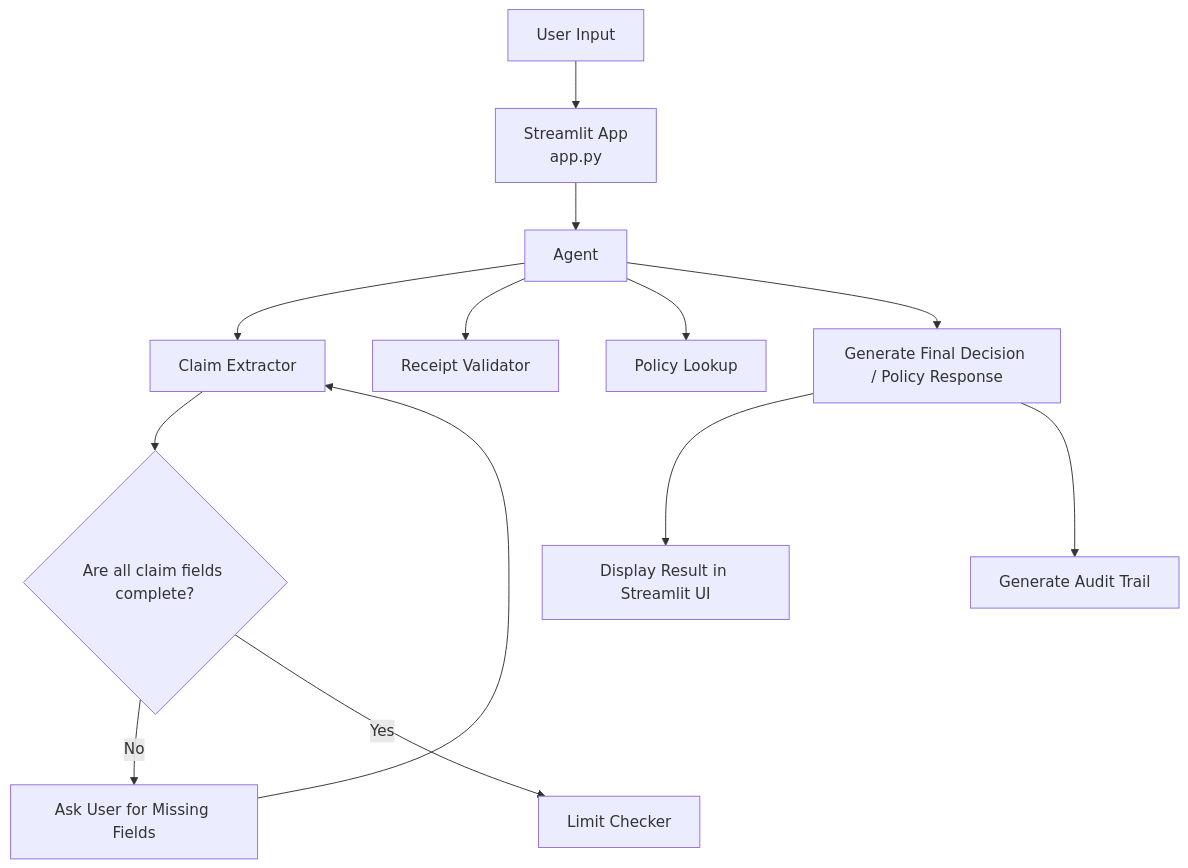
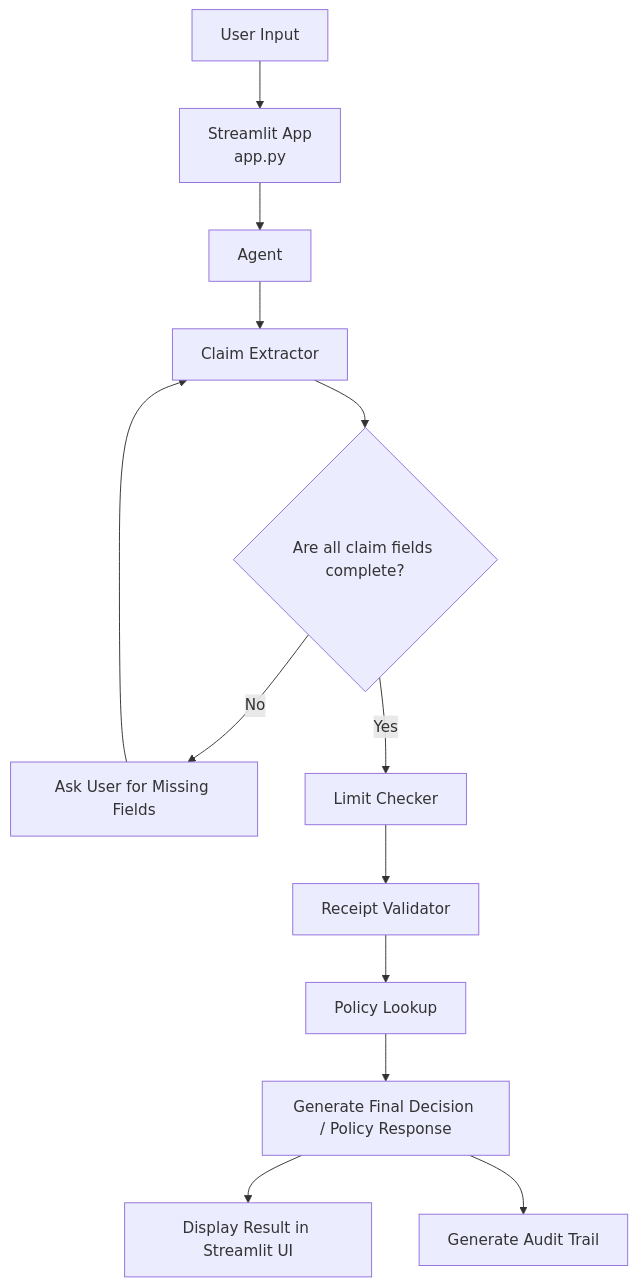
The diagram in README.md (eshita-sapariya/travel-reimbursement-approval-assistant), drawn with Mermaid before and after one commit.

Commit message:
Update flowchart in README

````diff
--- a/README.md
+++ b/README.md
@@ -85,18 +85,19 @@
 ```mermaid
 flowchart TD
     A[User Input] --> B[Streamlit App<br/>app.py]
     B --> C[Agent]
 
     C --> D[Claim Extractor]
     D --> E{Are all claim fields complete?}
 
     E -- No --> F[Ask User for Missing Fields]
     F --> D
 
     E -- Yes --> G[Limit Checker]
-    C --> H[Receipt Validator]
-    C --> I[Policy Lookup]
-    C --> J[Generate Final Decision / Policy Response]
+    G --> H[Receipt Validator]
+    H --> I[Policy Lookup]
+    I --> J[Generate Final Decision / Policy Response]
+
     J --> K[Display Result in Streamlit UI]
     J --> L[Generate Audit Trail]
 ```
````
